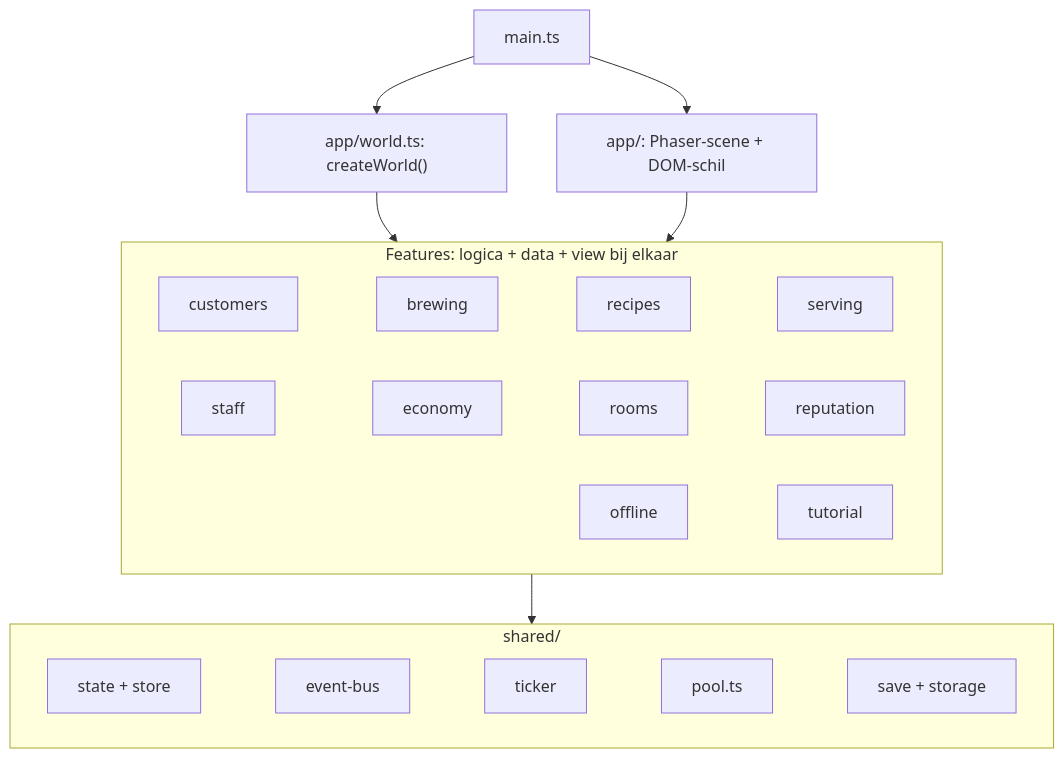
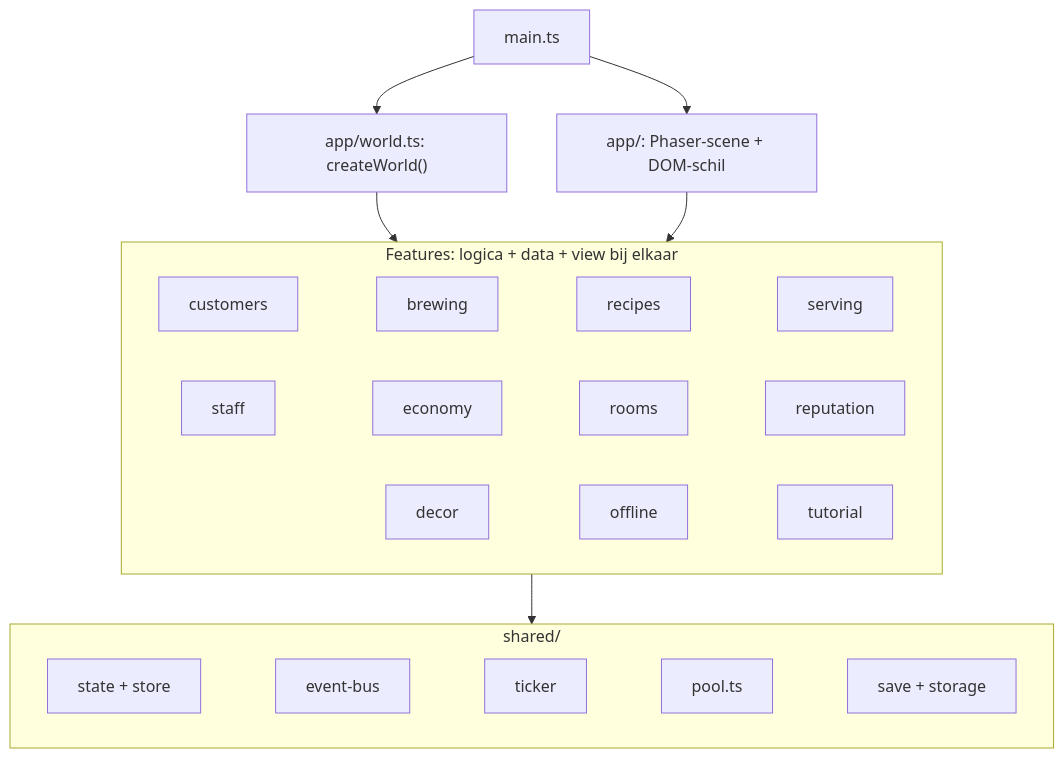
The first of 2 diagrams in docs/GAME_ANALYSE.md (TripR27/CrazyGamesGame), drawn with Mermaid before and after one commit. The commit also changed other lines of this file and 1 other file, not shown here.

Commit message:
Update SPECS and GAME_ANALYSE for step 14b (decorations)

````diff
--- a/docs/GAME_ANALYSE.md
+++ b/docs/GAME_ANALYSE.md
@@ -296,21 +296,21 @@
 ```mermaid
 flowchart TB
   main["main.ts"] --> world["app/world.ts: createWorld()"]
   main --> shell["app/: Phaser-scene + DOM-schil"]
 
   subgraph feat["Features: logica + data + view bij elkaar"]
     direction LR
     customers["customers"] ~~~ brewing["brewing"] ~~~ recipes["recipes"] ~~~ serving["serving"]
     staff["staff"] ~~~ economy["economy"] ~~~ rooms["rooms"] ~~~ reputation["reputation"]
-    offline["offline"] ~~~ tutorial["tutorial"]
+    decor["decor"] ~~~ offline["offline"] ~~~ tutorial["tutorial"]
   end
 
   subgraph shared["shared/"]
     direction LR
     state["state + store"] ~~~ events["event-bus"] ~~~ time["ticker"] ~~~ pool["pool.ts"] ~~~ save["save + storage"]
   end
 
   world --> feat
   shell --> feat
   feat --> shared
 ```
````
